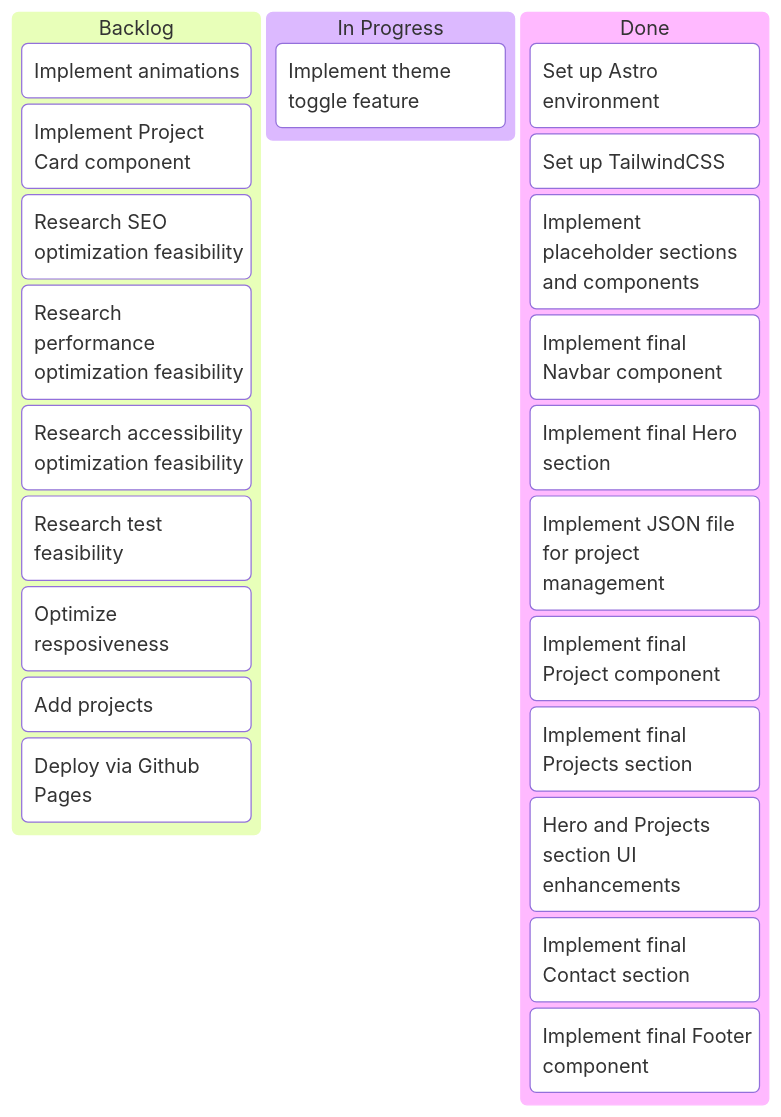
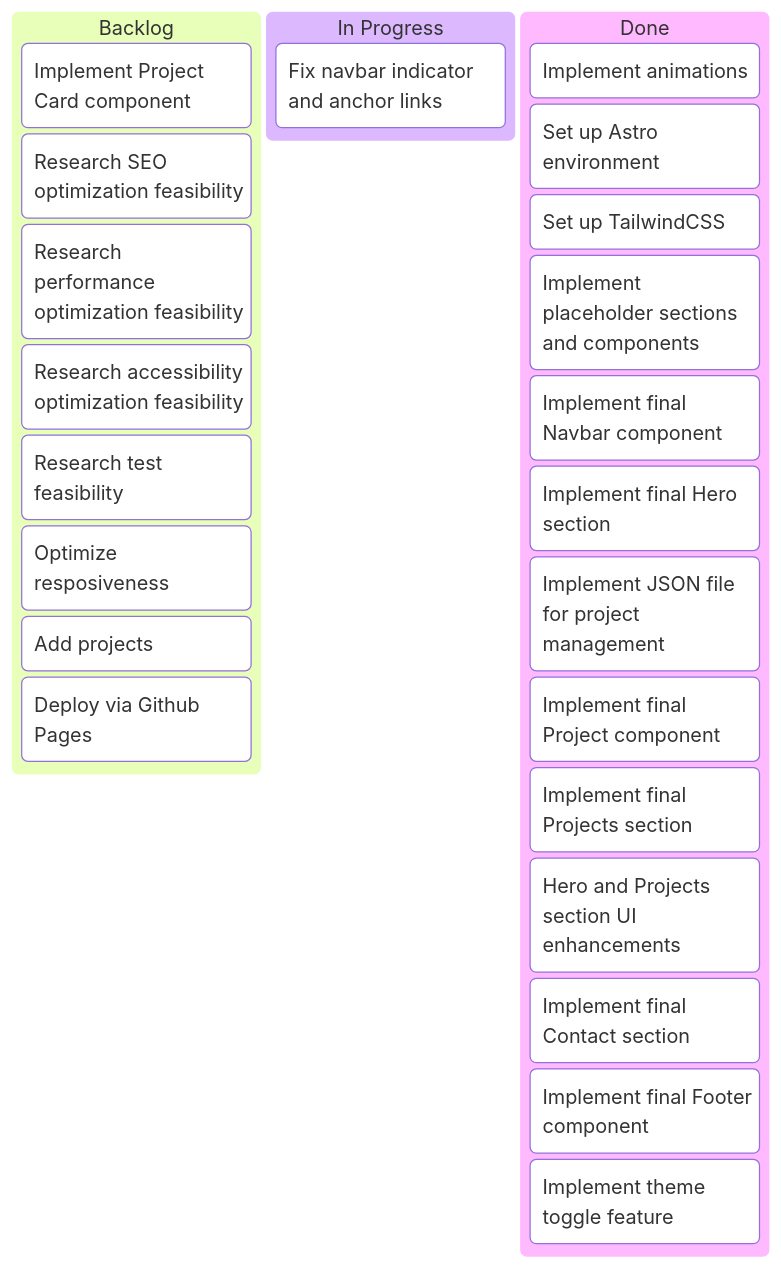
The diagram in docs/kanban.md (CantarinoG/portfolio), drawn with Mermaid before and after one commit. The commit also changed 4 other files, not shown here.

Commit message:
feat: add hero button animations, project card scroll reveal, and smooth scrolling

````diff
--- a/docs/kanban.md
+++ b/docs/kanban.md
@@ -1,27 +1,28 @@
 ```mermaid
 kanban
   stage1[Backlog]
-    card16[Implement animations]
     card27[Implement Project Card component]
     card17[Research SEO optimization feasibility]
     card18[Research performance optimization feasibility]
     card19[Research accessibility optimization feasibility]
     card21[Research test feasibility]
     card23[Optimize resposiveness]
     card25[Add projects]
     card20[Deploy via Github Pages]
   stage2[In Progress]
-    card15[Implement theme toggle feature]
+    card28[Fix navbar indicator and anchor links]
   stage3[Done]
+    card16[Implement animations]
     card1[Set up Astro environment]
     card24[Set up TailwindCSS]
     card5[Implement placeholder sections and components]
     card6[Implement final Navbar component]
     card7[Implement final Hero section]
     card22[Implement JSON file for project management]
     card8[Implement final Project component]
     card11[Implement final Projects section]
     card26[Hero and Projects section UI enhancements]
     card12[Implement final Contact section]
     card14[Implement final Footer component]
+    card15[Implement theme toggle feature]
 ```
````
